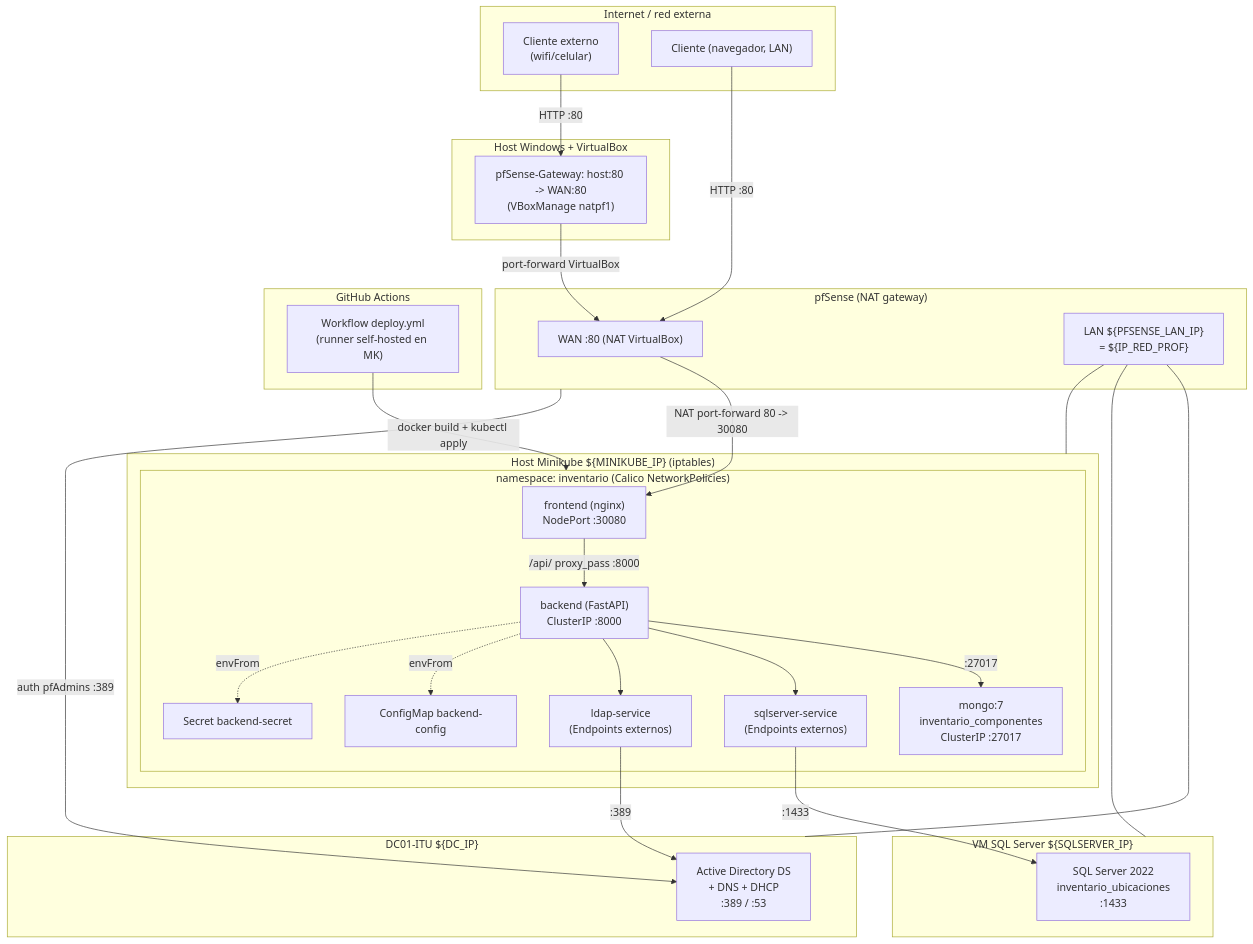
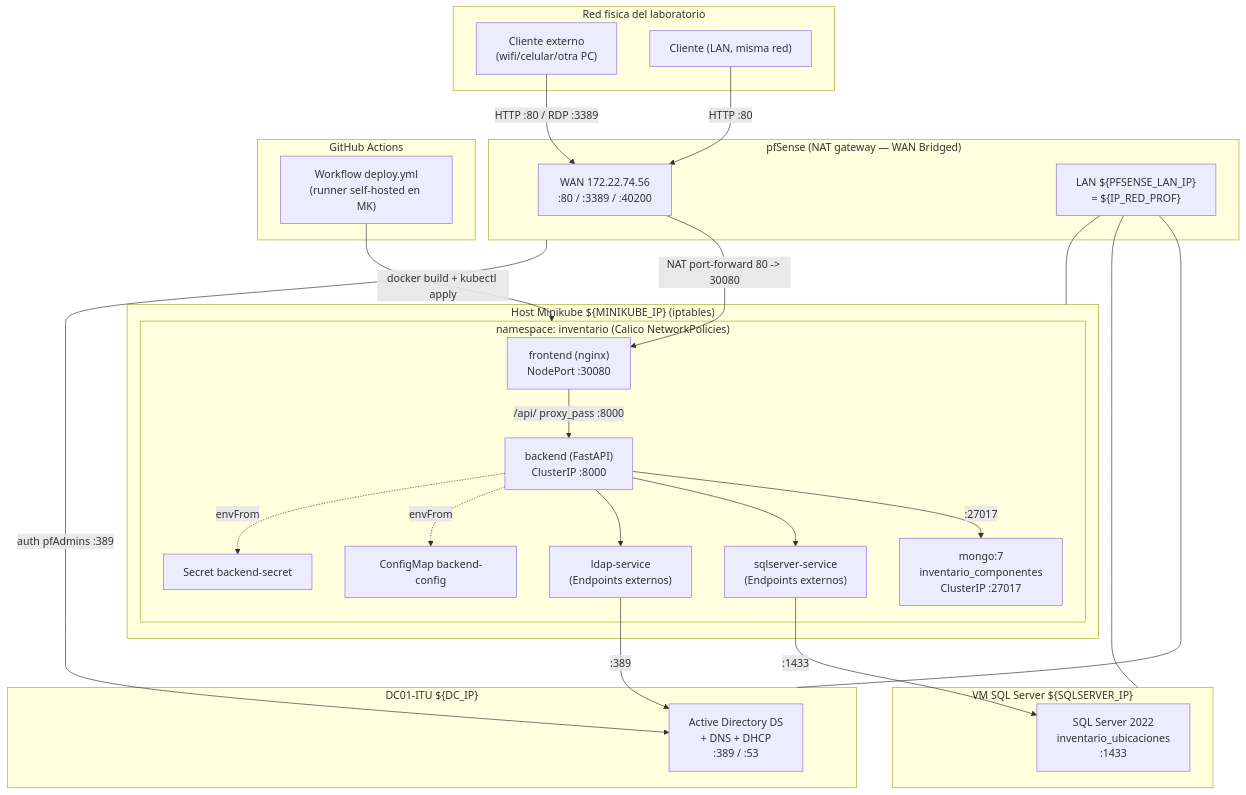
Before and after one commit to MartinZ18/Proyecto-Inventario-EGI-infraestructura: the diagram in docs/arquitectura.md, drawn with Mermaid. The commit also changed other lines of this file and 5 other files, not shown here.

````diff
--- a/docs/arquitectura.md
+++ b/docs/arquitectura.md
@@ -41,58 +40,53 @@
 ```mermaid
 flowchart TB
-    subgraph INET["Internet / red externa"]
-        Cliente["Cliente externo\n(wifi/celular)"]
-        ClienteLAN["Cliente (navegador, LAN)"]
+    subgraph INET["Red física del laboratorio"]
+        Cliente["Cliente externo\n(wifi/celular/otra PC)"]
+        ClienteLAN["Cliente (LAN, misma red)"]
     end
 
-    subgraph VBOX["Host Windows + VirtualBox"]
-        VBOXNAT["pfSense-Gateway: host:80 -> WAN:80\n(VBoxManage natpf1)"]
-    end
-
-    subgraph PFS["pfSense (NAT gateway)"]
-        WAN["WAN :80 (NAT VirtualBox)"]
+    subgraph PFS["pfSense (NAT gateway — WAN Bridged)"]
+        WAN["WAN 172.22.74.56\n:80 / :3389 / :40200"]
         LAN["LAN ${PFSENSE_LAN_IP}\n= ${IP_RED_PROF}"]
     end
 
     subgraph DC["DC01-ITU ${DC_IP}"]
         AD["Active Directory DS\n+ DNS + DHCP\n:389 / :53"]
     end
 
     subgraph SQLVM["VM SQL Server ${SQLSERVER_IP}"]
         SQL["SQL Server 2022\ninventario_ubicaciones\n:1433"]
     end
 
     subgraph MK["Host Minikube ${MINIKUBE_IP} (iptables)"]
         subgraph NS["namespace: inventario (Calico NetworkPolicies)"]
             FE["frontend (nginx)\nNodePort :30080"]
             BE["backend (FastAPI)\nClusterIP :8000"]
             MONGO["mongo:7\ninventario_componentes\nClusterIP :27017"]
             CM["ConfigMap backend-config"]
             SEC["Secret backend-secret"]
             EPS["sqlserver-service\n(Endpoints externos)"]
             EPL["ldap-service\n(Endpoints externos)"]
         end
     end
 
     subgraph CI["GitHub Actions"]
         GH["Workflow deploy.yml\n(runner self-hosted en MK)"]
     end
 
-    Cliente -->|"HTTP :80"| VBOXNAT
-    VBOXNAT -->|"port-forward VirtualBox"| WAN
+    Cliente -->|"HTTP :80 / RDP :3389"| WAN
     ClienteLAN -->|"HTTP :80"| WAN
     WAN -->|"NAT port-forward 80 -> 30080"| FE
     LAN --- DC
     LAN --- SQLVM
     LAN --- MK
 
     FE -->|"/api/ proxy_pass :8000"| BE
     BE -->|":27017"| MONGO
     BE --> EPS -->|":1433"| SQL
     BE --> EPL -->|":389"| AD
     BE -.envFrom.-> CM
     BE -.envFrom.-> SEC
 
     GH -->|"docker build + kubectl apply"| NS
     PFS -->|"auth pfAdmins :389"| AD
 ```
````
